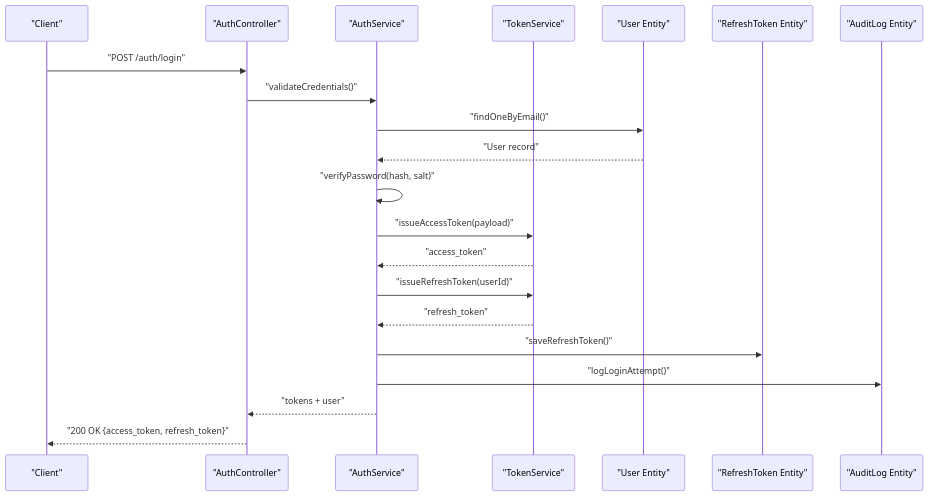
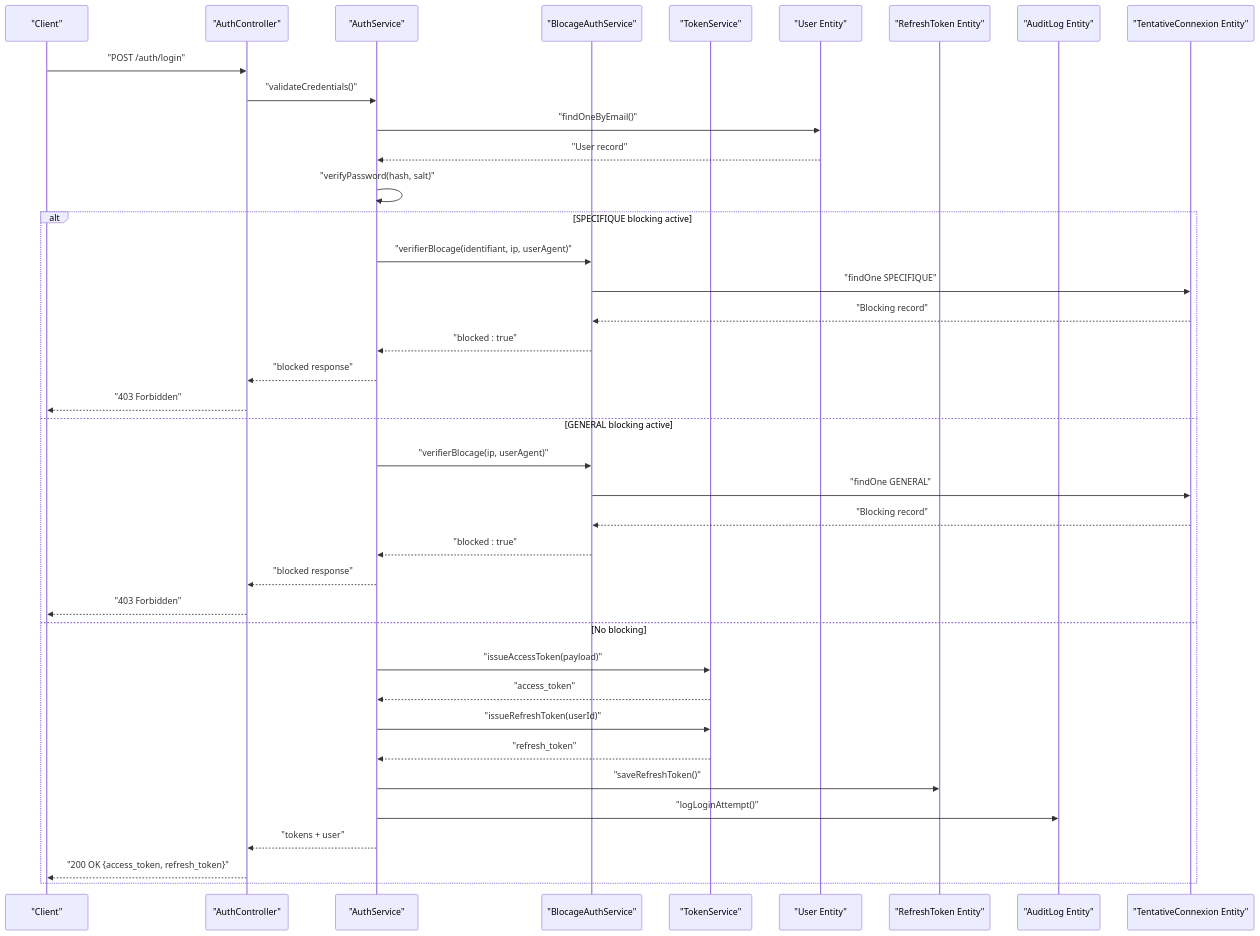
The second of 9 diagrams in .qoder/repowiki/en/content/Authentication & Authorization/Security Measures.md (franckylab/eLISAschool), drawn with Mermaid before and after one commit. The commit also changed other lines of this file and 66 other files, not shown here.

First line of the commit message:
feat(auth): intégrer système de blocage à deux niveaux et suivi en temps réel

````diff
--- a/.qoder/repowiki/en/content/Authentication & Authorization/Security Measures.md
+++ b/.qoder/repowiki/en/content/Authentication & Authorization/Security Measures.md
@@ -178,23 +194,41 @@
 ```mermaid
 sequenceDiagram
 participant C as "Client"
 participant Ctrl as "AuthController"
 participant Svc as "AuthService"
+participant BLock as "BlocageAuthService"
 participant Tok as "TokenService"
 participant DBU as "User Entity"
 participant DBT as "RefreshToken Entity"
-participant Audit as "AuditLog Entity"
+participant DBA as "AuditLog Entity"
+participant DBE as "TentativeConnexion Entity"
 C->>Ctrl : "POST /auth/login"
 Ctrl->>Svc : "validateCredentials()"
 Svc->>DBU : "findOneByEmail()"
 DBU-->>Svc : "User record"
 Svc->>Svc : "verifyPassword(hash, salt)"
+alt SPECIFIQUE blocking active
+Svc->>BLock : "verifierBlocage(identifiant, ip, userAgent)"
+BLock->>DBE : "findOne SPECIFIQUE"
+DBE-->>BLock : "Blocking record"
+BLock-->>Svc : "blocked : true"
+Svc-->>Ctrl : "blocked response"
+Ctrl-->>C : "403 Forbidden"
+else GENERAL blocking active
+Svc->>BLock : "verifierBlocage(ip, userAgent)"
+BLock->>DBE : "findOne GENERAL"
+DBE-->>BLock : "Blocking record"
+BLock-->>Svc : "blocked : true"
+Svc-->>Ctrl : "blocked response"
+Ctrl-->>C : "403 Forbidden"
+else No blocking
 Svc->>Tok : "issueAccessToken(payload)"
 Tok-->>Svc : "access_token"
 Svc->>Tok : "issueRefreshToken(userId)"
 Tok-->>Svc : "refresh_token"
 Svc->>DBT : "saveRefreshToken()"
-Svc->>Audit : "logLoginAttempt()"
+Svc->>DBA : "logLoginAttempt()"
 Svc-->>Ctrl : "tokens + user"
 Ctrl-->>C : "200 OK {access_token, refresh_token}"
+end
 ```
````
